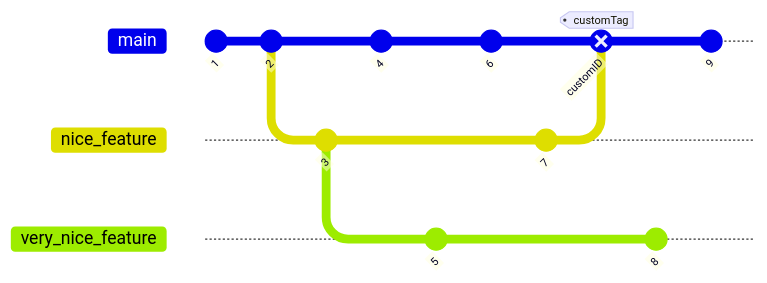
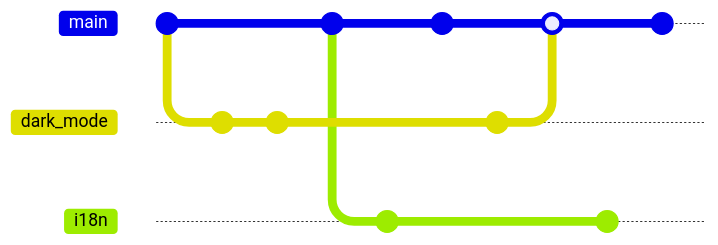
The diagram in content/presentations/tuto-git-2022/index.md (ClubInfoInsaT/site-club-info), drawn with Mermaid before and after one commit. The commit also changed other lines of this file and 1 other file, not shown here.

```diff
--- a/content/presentations/tuto-git-2022/index.md
+++ b/content/presentations/tuto-git-2022/index.md
@@ -15,24 +12,25 @@
 {{< mermaid >}}
+%%{init: { 'gitGraph': {'showBranches': true, 'showCommitLabel': false}} }%%
 gitGraph
     commit id: "1"
+    branch dark_mode
     commit id: "2"
-    branch nice_feature
-    checkout nice_feature
+    checkout dark_mode
+    checkout dark_mode
     commit id: "3"
     checkout main
     commit id: "4"
-    checkout nice_feature
-    branch very_nice_feature
-    checkout very_nice_feature
+    branch i18n
+    checkout i18n
     commit id: "5"
     checkout main
     commit id: "6"
-    checkout nice_feature
+    checkout dark_mode
     commit id: "7"
     checkout main
-    merge nice_feature id: "customID" tag: "customTag" type: REVERSE
-    checkout very_nice_feature
-    commit id: "8"
+    merge dark_mode id: "8"
+    checkout i18n
+    commit id: "9"
     checkout main
-    commit id: "9"
+    commit id: "10"
 {{< /mermaid >}}
```
